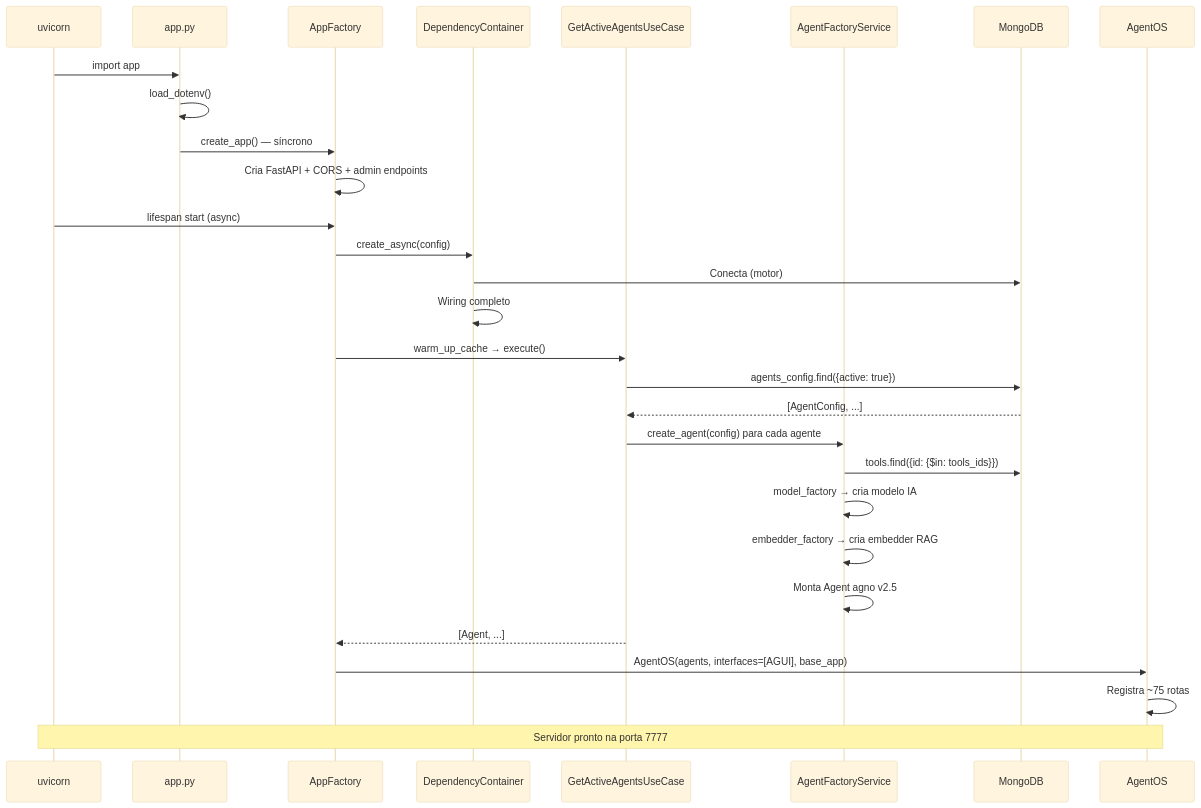
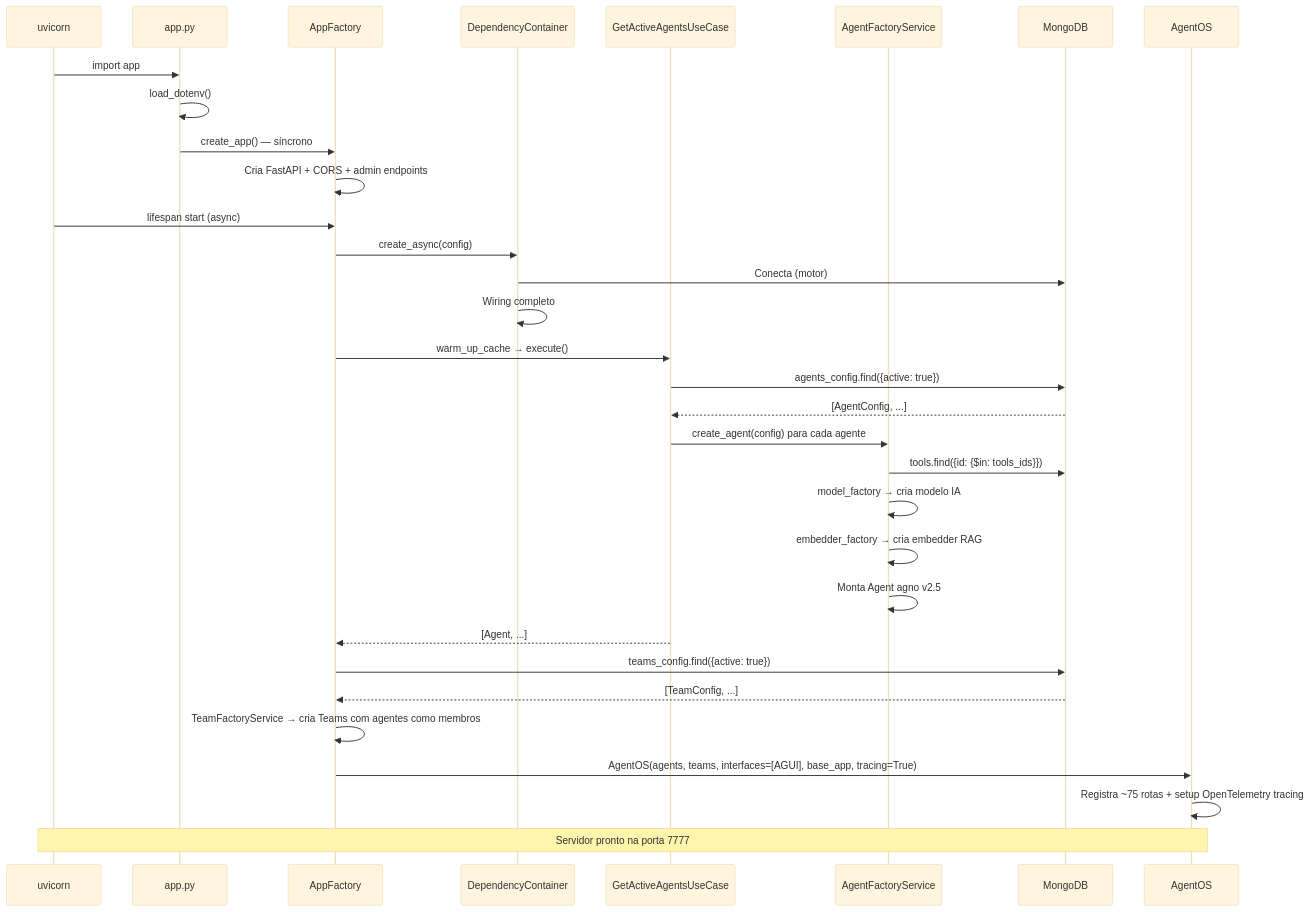
One commit to Mosfet04/orquestradorIAPythonArgo changed the second of 4 diagrams in README.pt-br.md. Above: the diagram before and after it, drawn with Mermaid (base theme). The commit also changed other lines of this file and 2 other files, not shown here.

Commit message:
feat: add multi-agent teams support and enhance documentation

````diff
--- a/README.pt-br.md
+++ b/README.pt-br.md
@@ -261,32 +268,35 @@
 ```mermaid
 sequenceDiagram
     participant U as uvicorn
     participant A as app.py
     participant F as AppFactory
     participant DI as DependencyContainer
     participant UC as GetActiveAgentsUseCase
     participant AF as AgentFactoryService
     participant MDB as MongoDB
     participant OS as AgentOS
 
     U->>A: import app
     A->>A: load_dotenv()
     A->>F: create_app() — síncrono
     F->>F: Cria FastAPI + CORS + admin endpoints
     U->>F: lifespan start (async)
     F->>DI: create_async(config)
     DI->>MDB: Conecta (motor)
     DI->>DI: Wiring completo
     F->>UC: warm_up_cache → execute()
     UC->>MDB: agents_config.find({active: true})
     MDB-->>UC: [AgentConfig, ...]
     UC->>AF: create_agent(config) para cada agente
     AF->>MDB: tools.find({id: {$in: tools_ids}})
     AF->>AF: model_factory → cria modelo IA
     AF->>AF: embedder_factory → cria embedder RAG
     AF->>AF: Monta Agent agno v2.5
     UC-->>F: [Agent, ...]
-    F->>OS: AgentOS(agents, interfaces=[AGUI], base_app)
-    OS->>OS: Registra ~75 rotas
+    F->>MDB: teams_config.find({active: true})
+    MDB-->>F: [TeamConfig, ...]
+    F->>F: TeamFactoryService → cria Teams com agentes como membros
+    F->>OS: AgentOS(agents, teams, interfaces=[AGUI], base_app, tracing=True)
+    OS->>OS: Registra ~75 rotas + setup OpenTelemetry tracing
     Note over U,OS: Servidor pronto na porta 7777
 ```
````
